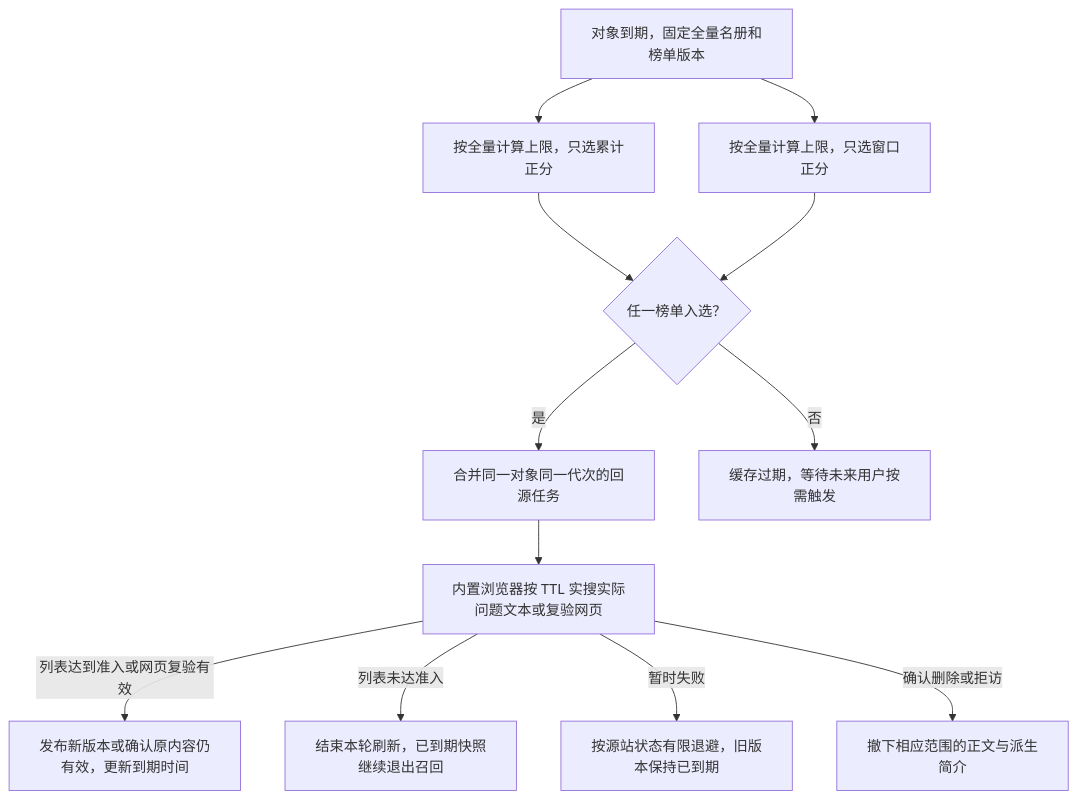
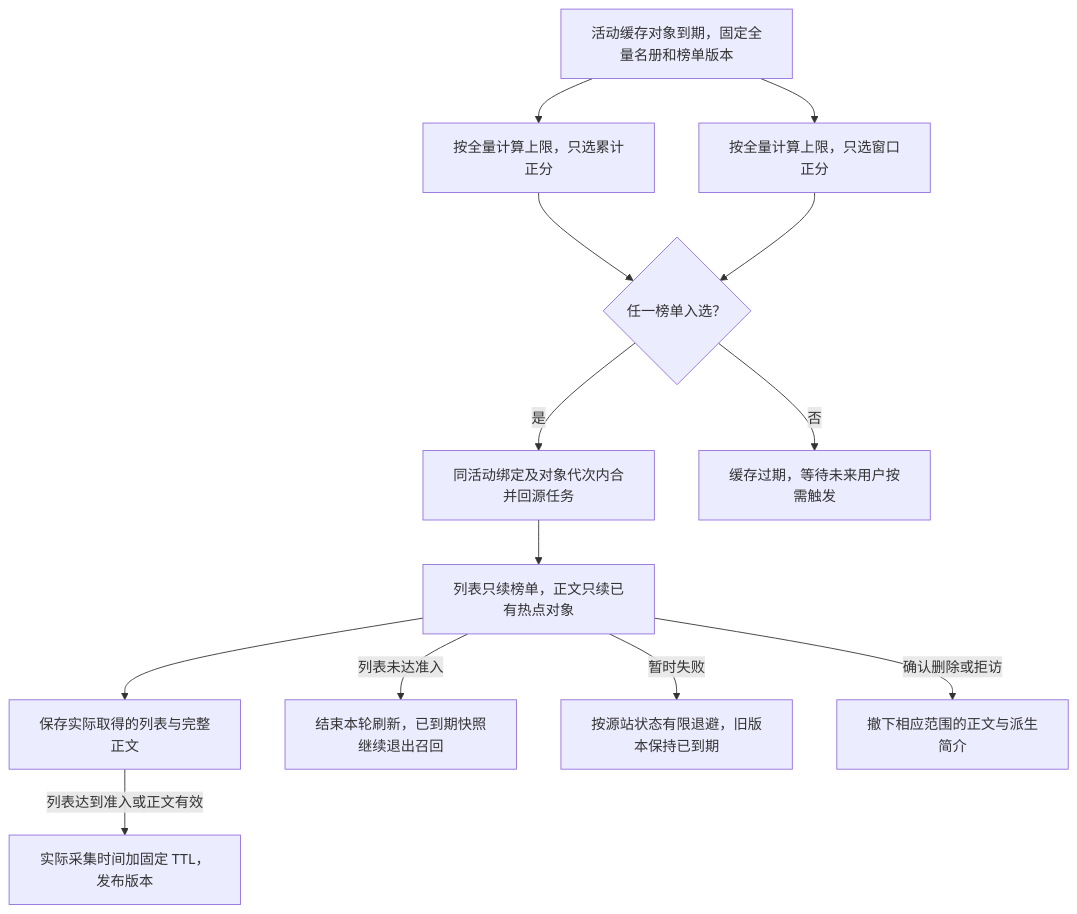
Before and after one commit to Minecodex/OpenAgentSearch: the diagram in docs/plan2/01-hotness.md, drawn with Mermaid. The commit also changed other lines of this file and 5 other files, not shown here.

````diff
--- a/docs/plan2/01-hotness.md
+++ b/docs/plan2/01-hotness.md
@@ -40,14 +40,15 @@
 ```mermaid
 flowchart TD
-    E["对象到期，固定全量名册和榜单版本"] --> T["按全量计算上限，只选累计正分"]
-    E --> R["按全量计算上限，只选窗口正分"]
+    E["活动缓存对象到期，固定全量名册和榜单版本"] --> T["按全量计算上限，只选累计正分"]
+    E --> RH["按全量计算上限，只选窗口正分"]
     T --> U{"任一榜单入选？"}
-    R --> U
-    U -->|是| J["合并同一对象同一代次的回源任务"]
+    RH --> U
+    U -->|是| J["同活动绑定及对象代次内合并回源任务"]
     U -->|否| X["缓存过期，等待未来用户按需触发"]
-    J --> F["内置浏览器按 TTL 实搜实际问题文本或复验网页"]
-    F -->|列表达到准入或网页复验有效| V["发布新版本或确认原内容仍有效，更新到期时间"]
+    J --> F["列表只续榜单，正文只续已有热点对象"]
+    F --> M["保存实际取得的列表与完整正文"]
+    M -->|列表达到准入或正文有效| V["实际采集时间加固定 TTL，发布版本"]
     F -->|列表未达准入| S["结束本轮刷新，已到期快照继续退出召回"]
     F -->|暂时失败| B["按源站状态有限退避，旧版本保持已到期"]
     F -->|确认删除或拒访| R2["撤下相应范围的正文与派生简介"]
 ```
````
